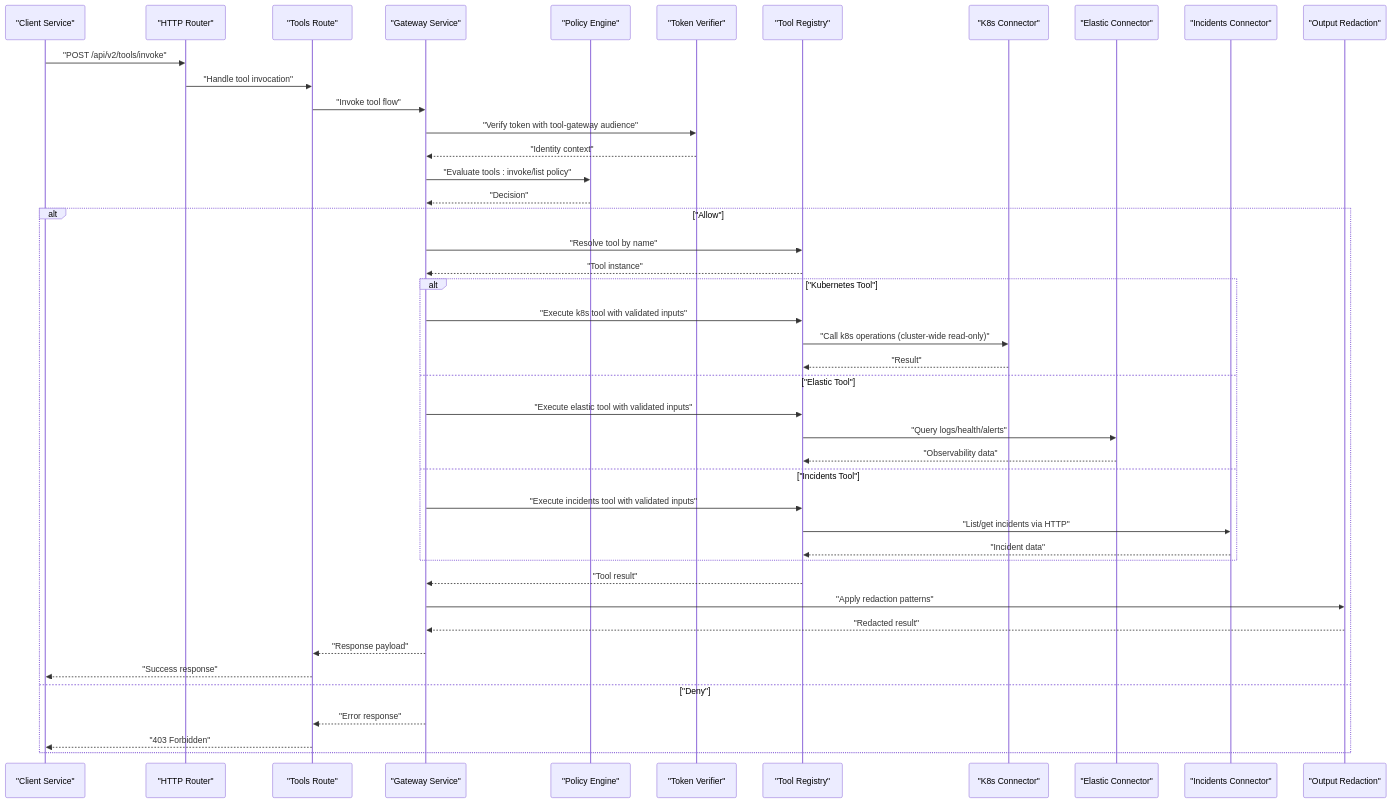
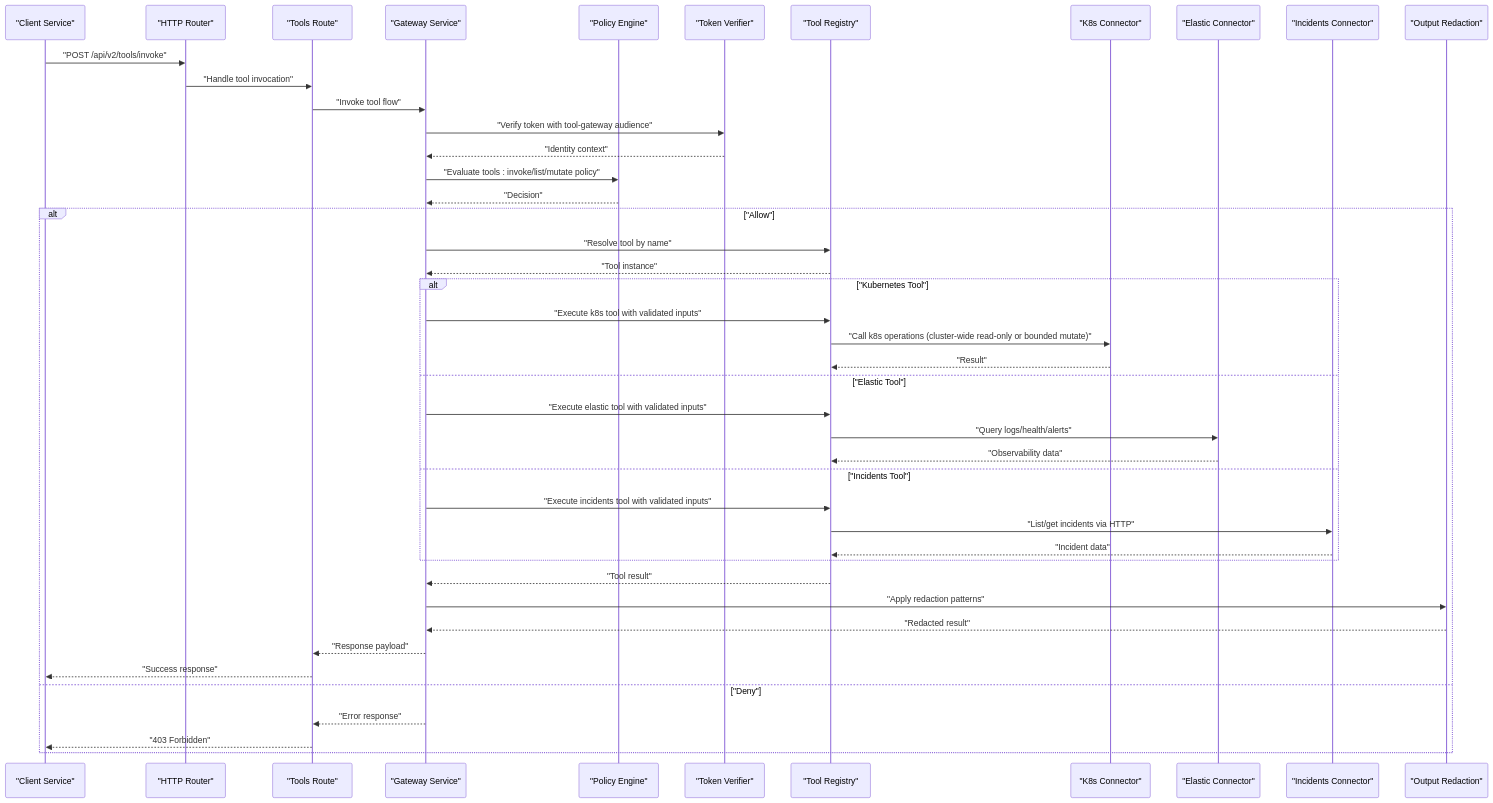
One commit to metasync/luban-aiops changed the second of 12 diagrams in .qoder/repowiki/en/content/Tool Gateway Service/Tool Gateway Service.md. Above: the diagram before and after it, drawn with Mermaid. The commit also changed other lines of this file and 43 other files, not shown here.

````diff
--- a/.qoder/repowiki/en/content/Tool Gateway Service/Tool Gateway Service.md
+++ b/.qoder/repowiki/en/content/Tool Gateway Service/Tool Gateway Service.md
@@ -195,46 +199,46 @@
 ```mermaid
 sequenceDiagram
 participant Client as "Client Service"
 participant Router as "HTTP Router"
 participant ToolsRoute as "Tools Route"
 participant Gateway as "Gateway Service"
 participant Policy as "Policy Engine"
 participant Token as "Token Verifier"
 participant Registry as "Tool Registry"
 participant K8s as "K8s Connector"
 participant Elastic as "Elastic Connector"
 participant Incidents as "Incidents Connector"
 participant Redaction as "Output Redaction"
 Client->>Router : "POST /api/v2/tools/invoke"
 Router->>ToolsRoute : "Handle tool invocation"
 ToolsRoute->>Gateway : "Invoke tool flow"
 Gateway->>Token : "Verify token with tool-gateway audience"
 Token-->>Gateway : "Identity context"
-Gateway->>Policy : "Evaluate tools : invoke/list policy"
+Gateway->>Policy : "Evaluate tools : invoke/list/mutate policy"
 Policy-->>Gateway : "Decision"
 alt "Allow"
 Gateway->>Registry : "Resolve tool by name"
 Registry-->>Gateway : "Tool instance"
 alt "Kubernetes Tool"
 Gateway->>Registry : "Execute k8s tool with validated inputs"
-Registry->>K8s : "Call k8s operations (cluster-wide read-only)"
+Registry->>K8s : "Call k8s operations (cluster-wide read-only or bounded mutate)"
 K8s-->>Registry : "Result"
 else "Elastic Tool"
 Gateway->>Registry : "Execute elastic tool with validated inputs"
 Registry->>Elastic : "Query logs/health/alerts"
 Elastic-->>Registry : "Observability data"
 else "Incidents Tool"
 Gateway->>Registry : "Execute incidents tool with validated inputs"
 Registry->>Incidents : "List/get incidents via HTTP"
 Incidents-->>Registry : "Incident data"
 end
 Registry-->>Gateway : "Tool result"
 Gateway->>Redaction : "Apply redaction patterns"
 Redaction-->>Gateway : "Redacted result"
 Gateway-->>ToolsRoute : "Response payload"
 ToolsRoute-->>Client : "Success response"
 else "Deny"
 Gateway-->>ToolsRoute : "Error response"
 ToolsRoute-->>Client : "403 Forbidden"
 end
 ```
````
